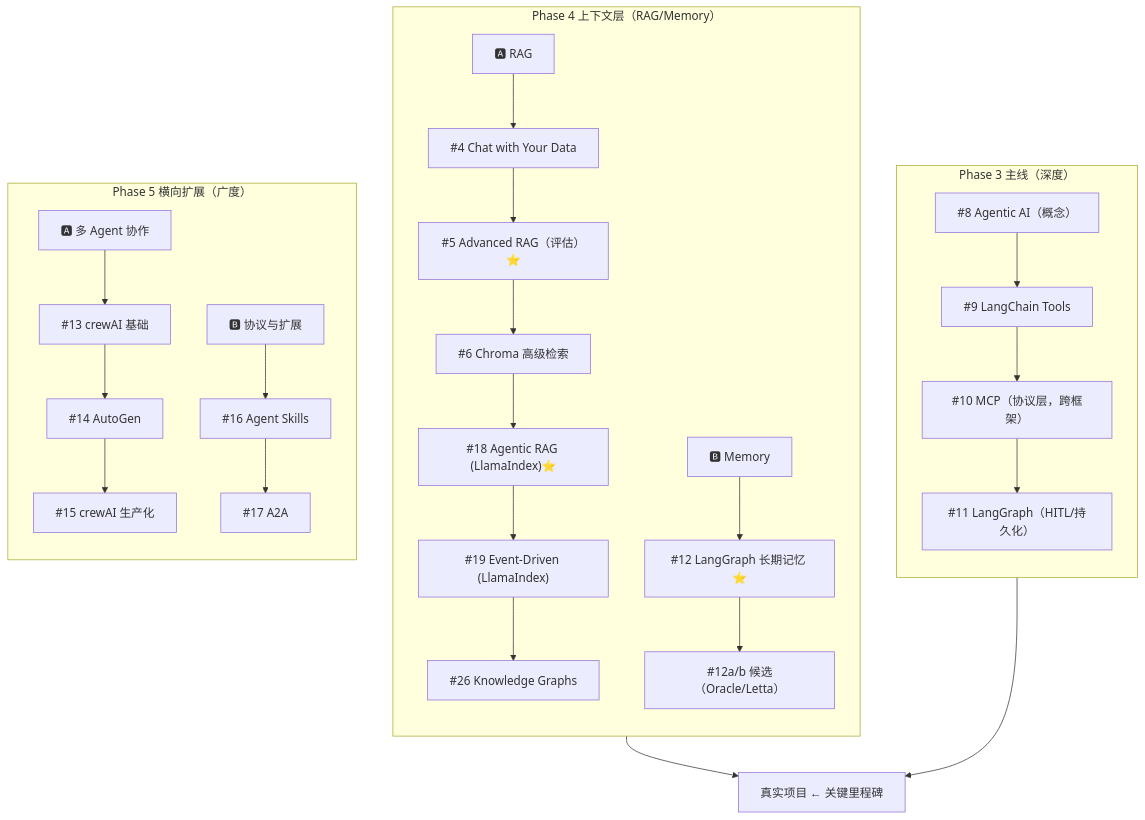
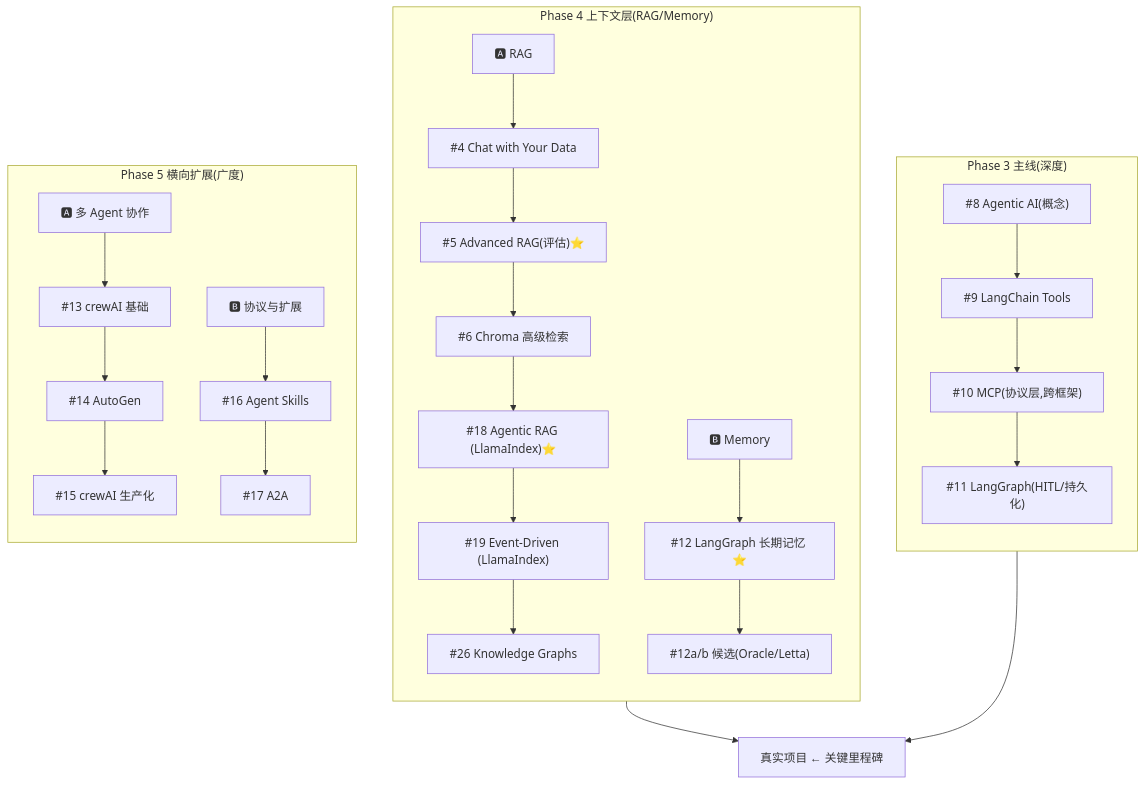
One commit to Colonel86/ai-agent-learn changed the diagram in agent/roadmap/deeplearning-ai-course-order.md. Above: the diagram before and after it, drawn with Mermaid. The commit also changed other lines of this file and 1 other file, not shown here.

First line of the commit message:
docs(roadmap): 课程目录简介译中文 + 增补「是否需要学习」状态列并合并学习清单

````diff
--- a/agent/roadmap/deeplearning-ai-course-order.md
+++ b/agent/roadmap/deeplearning-ai-course-order.md
@@ -172,19 +156,19 @@
 ```mermaid
 flowchart TB
-    subgraph 主线["Phase 3 主线（深度）"]
+    subgraph 主线["Phase 3 主线(深度)"]
         direction TB
-        C8["#8 Agentic AI（概念）"] --> C9["#9 LangChain Tools"] --> C10["#10 MCP（协议层，跨框架）"] --> C11["#11 LangGraph（HITL/持久化）"]
+        C8["#8 Agentic AI(概念)"] --> C9["#9 LangChain Tools"] --> C10["#10 MCP(协议层,跨框架)"] --> C11["#11 LangGraph(HITL/持久化)"]
     end
-    subgraph 上下文["Phase 4 上下文层（RAG/Memory）"]
+    subgraph 上下文["Phase 4 上下文层(RAG/Memory)"]
         direction TB
-        R["🅰 RAG"] --> R4["#4 Chat with Your Data"] --> R5["#5 Advanced RAG（评估）⭐"] --> R6["#6 Chroma 高级检索"] --> R18["#18 Agentic RAG (LlamaIndex)⭐"] --> R19["#19 Event-Driven (LlamaIndex)"] --> R26["#26 Knowledge Graphs"]
-        M["🅱 Memory"] --> M12["#12 LangGraph 长期记忆 ⭐"] --> M12b["#12a/b 候选（Oracle/Letta）"]
+        R["🅰 RAG"] --> R4["#4 Chat with Your Data"] --> R5["#5 Advanced RAG(评估)⭐"] --> R6["#6 Chroma 高级检索"] --> R18["#18 Agentic RAG (LlamaIndex)⭐"] --> R19["#19 Event-Driven (LlamaIndex)"] --> R26["#26 Knowledge Graphs"]
+        M["🅱 Memory"] --> M12["#12 LangGraph 长期记忆 ⭐"] --> M12b["#12a/b 候选(Oracle/Letta)"]
     end
-    subgraph 横向["Phase 5 横向扩展（广度）"]
+    subgraph 横向["Phase 5 横向扩展(广度)"]
         direction TB
         H["🅰 多 Agent 协作"] --> H13["#13 crewAI 基础"] --> H14["#14 AutoGen"] --> H15["#15 crewAI 生产化"]
         HB["🅱 协议与扩展"] --> H16["#16 Agent Skills"] --> H17["#17 A2A"]
     end
     C11 --> PROJ["真实项目 ← 关键里程碑"]
     上下文 --> PROJ
 ```
````
